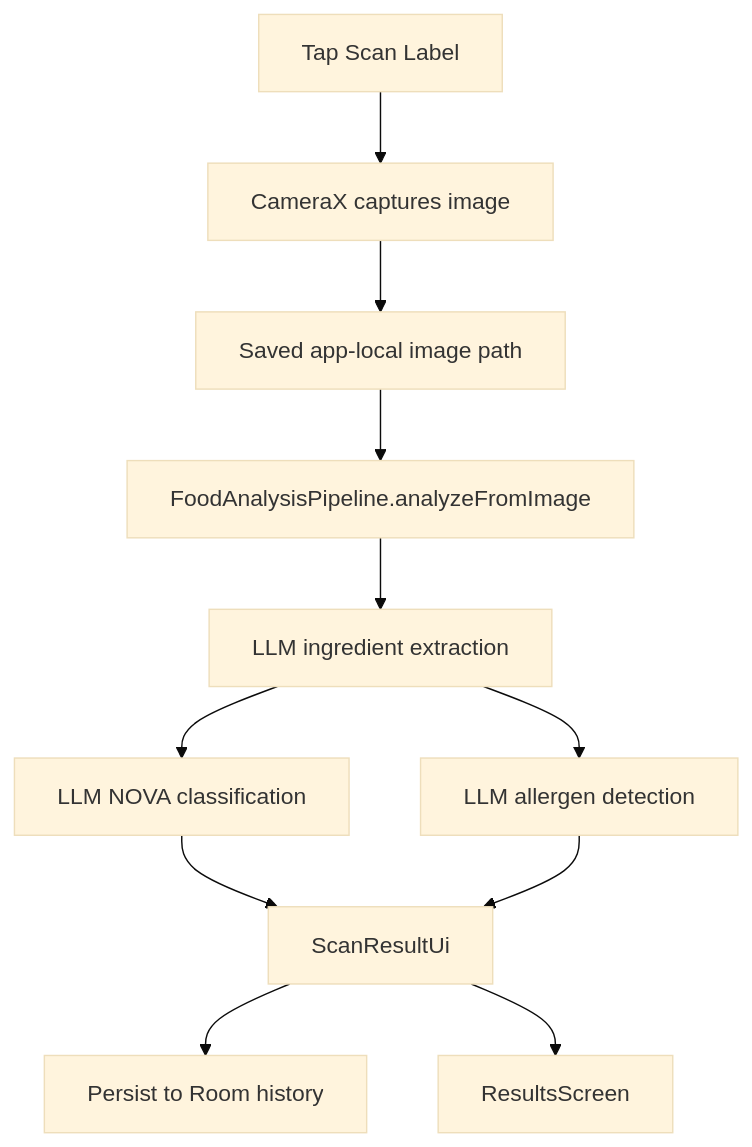
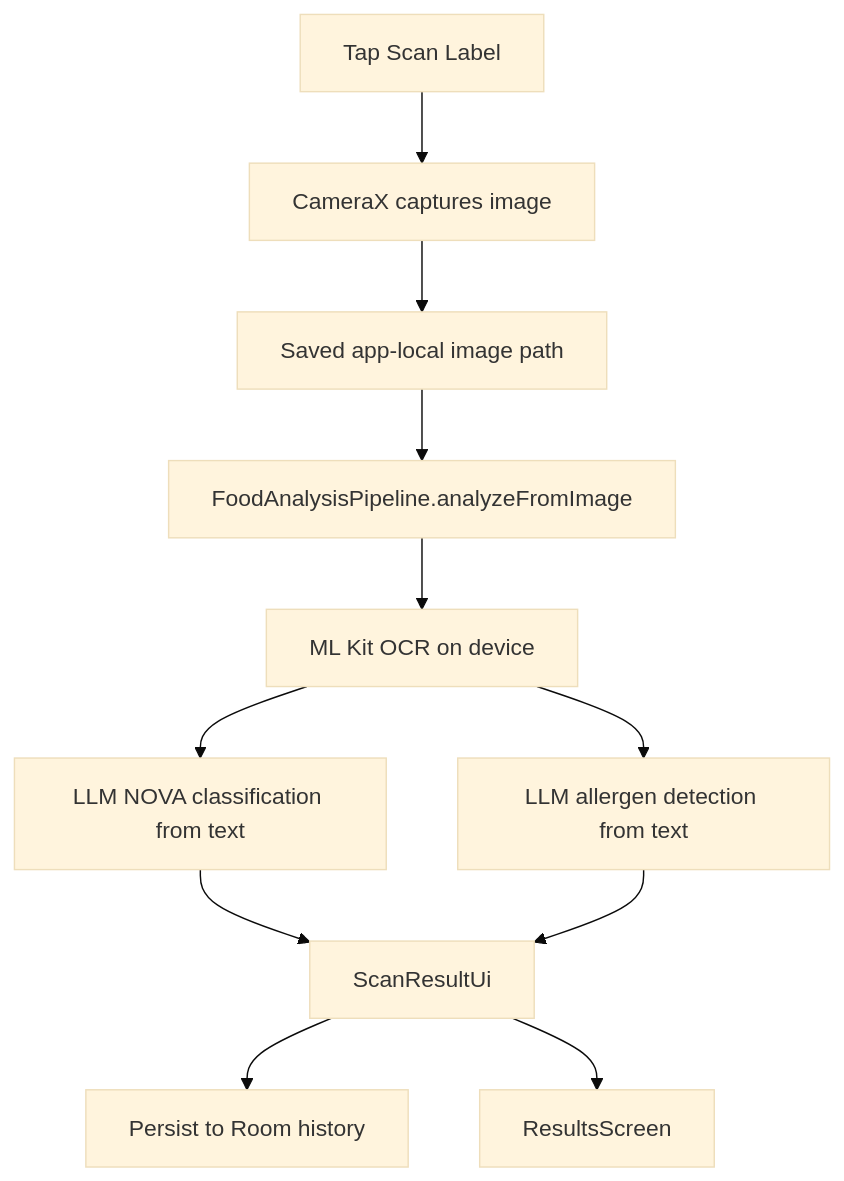
Before and after one commit to benevolentbandwidth/ultraprocessed: the fifth of 8 diagrams in documentation/00-android-app-guide.md, drawn with Mermaid (base theme). The commit also changed other lines of this file and 40 other files, not shown here.

````diff
--- a/documentation/00-android-app-guide.md
+++ b/documentation/00-android-app-guide.md
@@ -159,13 +159,13 @@
 ```mermaid
 flowchart TD
     Tap[Tap Scan Label] --> Capture[CameraX captures image]
     Capture --> File[Saved app-local image path]
     File --> Analyze[FoodAnalysisPipeline.analyzeFromImage]
-    Analyze --> Extract[LLM ingredient extraction]
-    Extract --> Classify[LLM NOVA classification]
-    Extract --> Allergens[LLM allergen detection]
+    Analyze --> OCR[ML Kit OCR on device]
+    OCR --> Classify[LLM NOVA classification from text]
+    OCR --> Allergens[LLM allergen detection from text]
     Classify --> Result[ScanResultUi]
     Allergens --> Result
     Result --> Room[Persist to Room history]
     Result --> UI[ResultsScreen]
 ```
````
